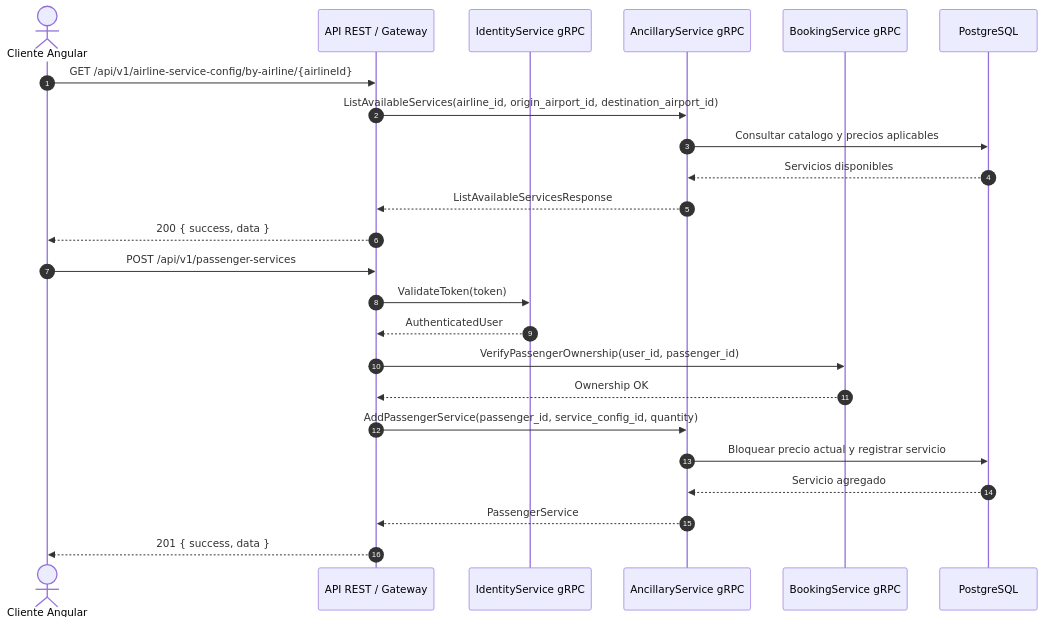
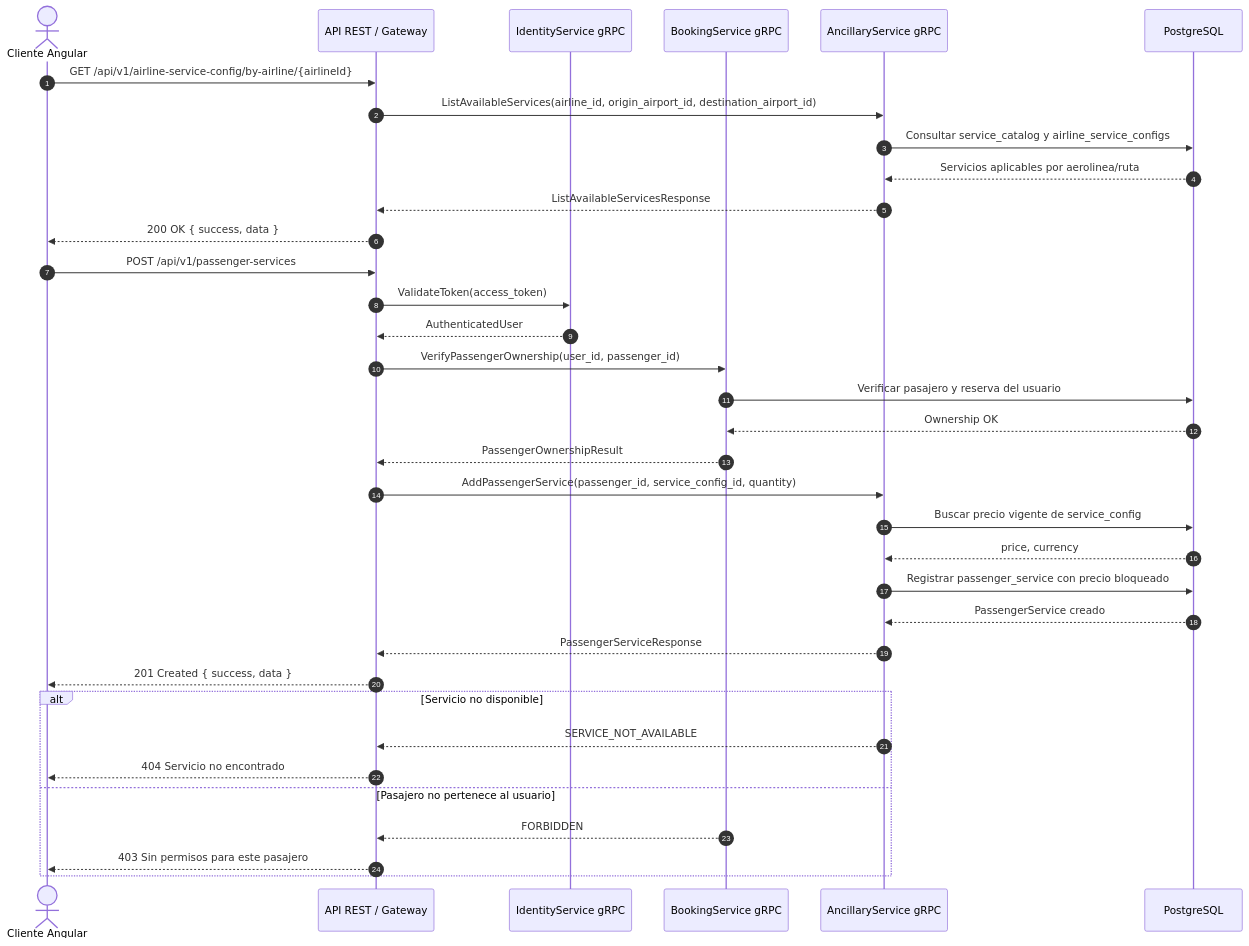
The sixth of 8 diagrams in Sistema_vuelos.v1/docs/diagramas-secuencia-grpc.md (jccevallost/Integracion.Sistemas2026), drawn with Mermaid before and after one commit. The commit also changed other lines of this file and 2 other files, not shown here.

Commit message:
feat: mejorar busqueda y extras de reserva

````diff
--- a/Sistema_vuelos.v1/docs/diagramas-secuencia-grpc.md
+++ b/Sistema_vuelos.v1/docs/diagramas-secuencia-grpc.md
@@ -90,28 +257,42 @@
 ```mermaid
 sequenceDiagram
     autonumber
     actor Cliente as Cliente Angular
     participant Gateway as API REST / Gateway
     participant Identity as IdentityService gRPC
+    participant Booking as BookingService gRPC
     participant Ancillary as AncillaryService gRPC
-    participant Booking as BookingService gRPC
     participant DB as PostgreSQL
 
     Cliente->>Gateway: GET /api/v1/airline-service-config/by-airline/{airlineId}
     Gateway->>Ancillary: ListAvailableServices(airline_id, origin_airport_id, destination_airport_id)
-    Ancillary->>DB: Consultar catalogo y precios aplicables
-    DB-->>Ancillary: Servicios disponibles
+    Ancillary->>DB: Consultar service_catalog y airline_service_configs
+    DB-->>Ancillary: Servicios aplicables por aerolinea/ruta
     Ancillary-->>Gateway: ListAvailableServicesResponse
-    Gateway-->>Cliente: 200 { success, data }
+    Gateway-->>Cliente: 200 OK { success, data }
 
     Cliente->>Gateway: POST /api/v1/passenger-services
-    Gateway->>Identity: ValidateToken(token)
+    Gateway->>Identity: ValidateToken(access_token)
     Identity-->>Gateway: AuthenticatedUser
+
     Gateway->>Booking: VerifyPassengerOwnership(user_id, passenger_id)
-    Booking-->>Gateway: Ownership OK
+    Booking->>DB: Verificar pasajero y reserva del usuario
+    DB-->>Booking: Ownership OK
+    Booking-->>Gateway: PassengerOwnershipResult
+
     Gateway->>Ancillary: AddPassengerService(passenger_id, service_config_id, quantity)
-    Ancillary->>DB: Bloquear precio actual y registrar servicio
-    DB-->>Ancillary: Servicio agregado
-    Ancillary-->>Gateway: PassengerService
-    Gateway-->>Cliente: 201 { success, data }
+    Ancillary->>DB: Buscar precio vigente de service_config
+    DB-->>Ancillary: price, currency
+    Ancillary->>DB: Registrar passenger_service con precio bloqueado
+    DB-->>Ancillary: PassengerService creado
+    Ancillary-->>Gateway: PassengerServiceResponse
+    Gateway-->>Cliente: 201 Created { success, data }
+
+    alt Servicio no disponible
+        Ancillary-->>Gateway: SERVICE_NOT_AVAILABLE
+        Gateway-->>Cliente: 404 Servicio no encontrado
+    else Pasajero no pertenece al usuario
+        Booking-->>Gateway: FORBIDDEN
+        Gateway-->>Cliente: 403 Sin permisos para este pasajero
+    end
 ```
````
